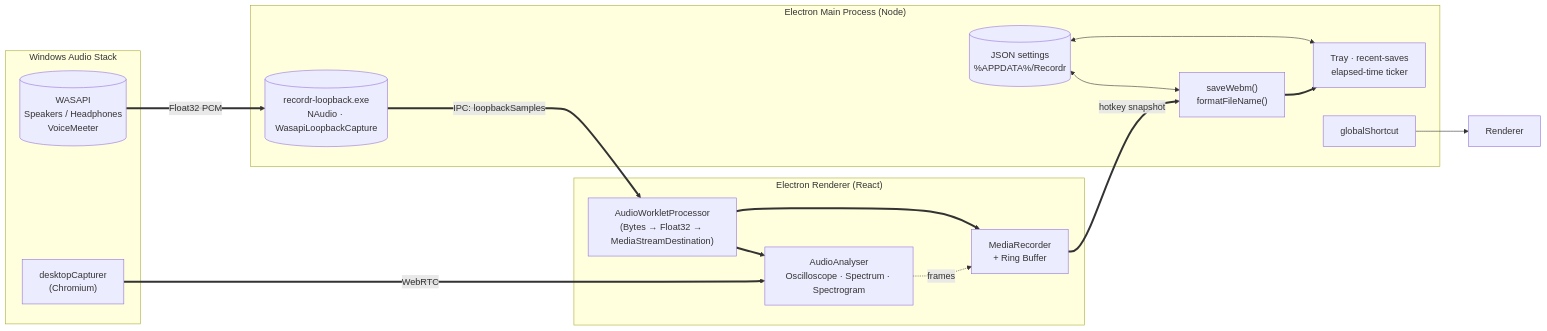
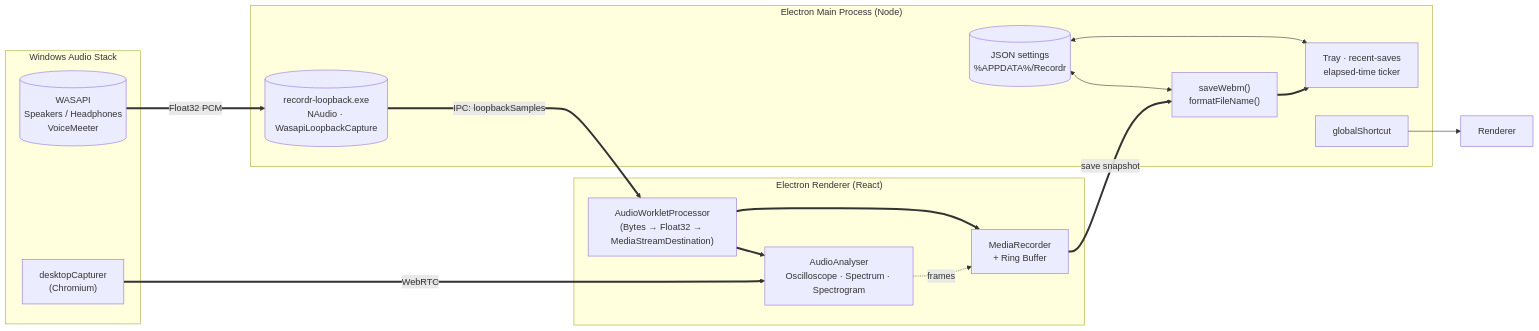
One commit to Chimthuwu/PsydeClip changed the diagram in README.md. Above: the diagram before and after it, drawn with Mermaid. The commit also changed other lines of this file, not shown here.

First line of the commit message:
docs: fix the two remaining 'press the hotkey to save the buffer' claims

````diff
--- a/README.md
+++ b/README.md
@@ -78,33 +78,33 @@
 ```mermaid
 flowchart LR
   subgraph WIN[Windows Audio Stack]
     WASAPI[("WASAPI<br/>Speakers / Headphones<br/>VoiceMeeter")]
     Capture["desktopCapturer<br/>(Chromium)"]
   end
 
   subgraph BACKEND["Electron Main Process (Node)"]
     Helper[("recordr-loopback.exe<br/>NAudio · WasapiLoopbackCapture")]
     Save["saveWebm()<br/>formatFileName()"]
     Tray["Tray · recent-saves<br/>elapsed-time ticker"]
     Settings[("JSON settings<br/>%APPDATA%/Recordr")]
     Hotkey["globalShortcut"]
   end
 
   subgraph RENDERER["Electron Renderer (React)"]
     Worklet["AudioWorkletProcessor<br/>(Bytes → Float32 → MediaStreamDestination)"]
     Analyser["AudioAnalyser<br/>Oscilloscope · Spectrum · Spectrogram"]
     Recorder["MediaRecorder<br/>+ Ring Buffer"]
   end
 
   WASAPI == Float32 PCM ===> Helper
   Capture == WebRTC ===> Analyser
   Helper == IPC: loopbackSamples ===> Worklet
   Worklet ==> Analyser
   Worklet ==> Recorder
   Analyser -. frames .-> Recorder
-  Recorder == hotkey snapshot ==> Save
+  Recorder == save snapshot ==> Save
   Save ==> Tray
   Hotkey --> Renderer
   Settings <--> Save
   Settings <--> Tray
 ```
````
